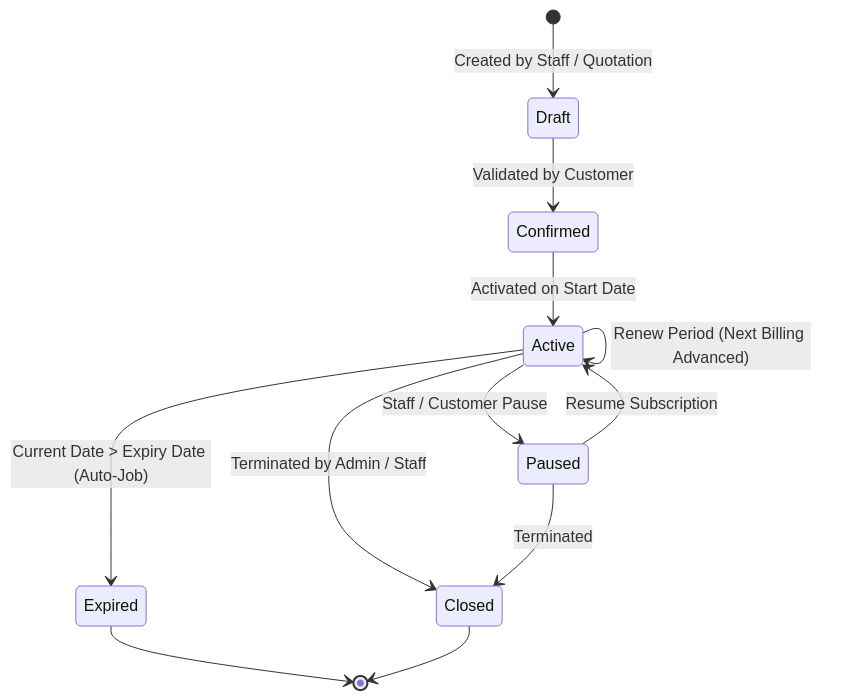
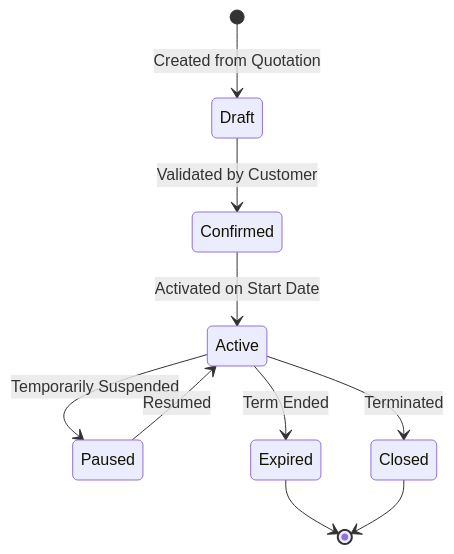
Before and after one commit to tc484472-byte/odoo: the second of 2 diagrams in README.md, drawn with Mermaid. The commit also changed other lines of this file, not shown here.

````diff
--- a/README.md
+++ b/README.md
@@ -172,18 +189,12 @@
 ```mermaid
 stateDiagram-v2
-    [*] --> Draft: Created by Staff / Quotation
+    [*] --> Draft: Created from Quotation
     Draft --> Confirmed: Validated by Customer
     Confirmed --> Active: Activated on Start Date
-    
-    Active --> Paused: Staff / Customer Pause
-    Paused --> Active: Resume Subscription
-    
-    Active --> Active: Renew Period (Next Billing Advanced)
-    Active --> Expired: Current Date > Expiry Date (Auto-Job)
-    
-    Active --> Closed: Terminated by Admin / Staff
-    Paused --> Closed: Terminated
-    
+    Active --> Paused: Temporarily Suspended
+    Paused --> Active: Resumed
+    Active --> Expired: Term Ended
+    Active --> Closed: Terminated
     Expired --> [*]
     Closed --> [*]
 ```
````
